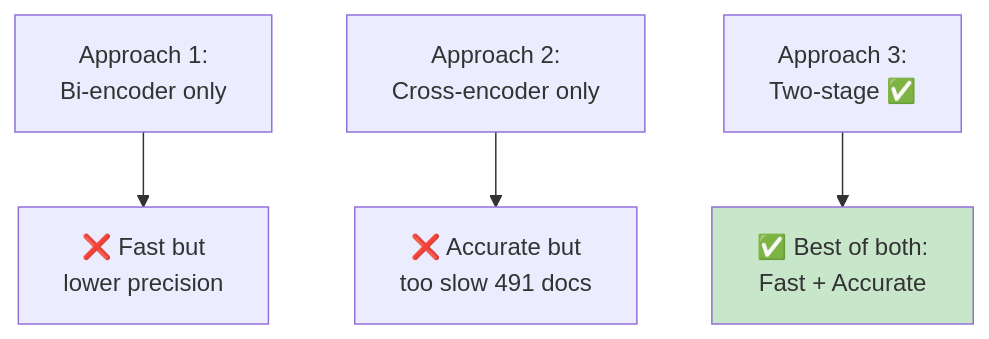
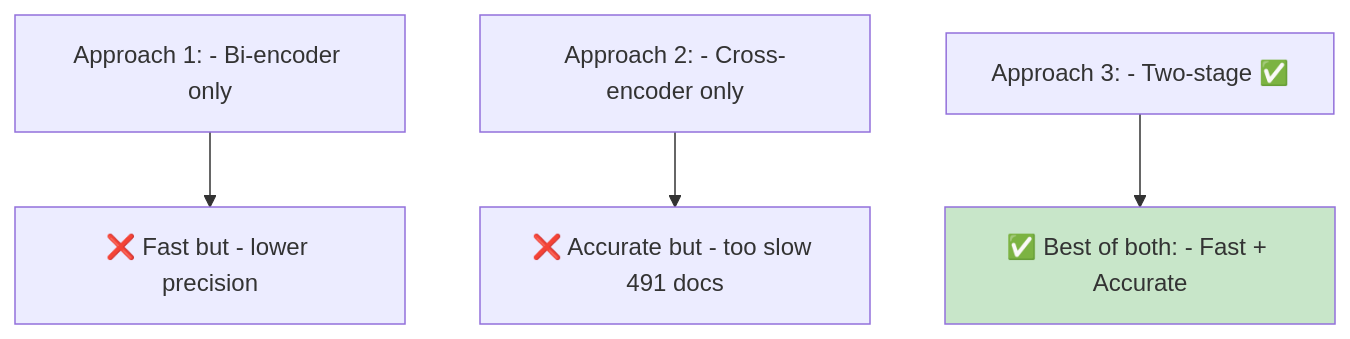
The fourth of 7 diagrams in docs/learning/05-reranking-retrieval.md (indhra/llm_rag_sec_findings), drawn with Mermaid before and after one commit. The commit also changed other lines of this file and 9 other files, not shown here.

````diff
--- a/docs/learning/05-reranking-retrieval.md
+++ b/docs/learning/05-reranking-retrieval.md
@@ -128,10 +128,10 @@
 ```mermaid
 graph TD
-    A1[Approach 1:<br/>Bi-encoder only] --> R1[❌ Fast but<br/>lower precision]
+    A1[Approach 1: - Bi-encoder only] --> R1[❌ Fast but - lower precision]
     
-    A2[Approach 2:<br/>Cross-encoder only] --> R2[❌ Accurate but<br/>too slow 491 docs]
+    A2[Approach 2: - Cross-encoder only] --> R2[❌ Accurate but - too slow 491 docs]
     
-    A3[Approach 3:<br/>Two-stage ✅] --> R3[✅ Best of both:<br/>Fast + Accurate]
+    A3[Approach 3: - Two-stage ✅] --> R3[✅ Best of both: - Fast + Accurate]
     
     style R3 fill:#c8e6c9
 ```
````
